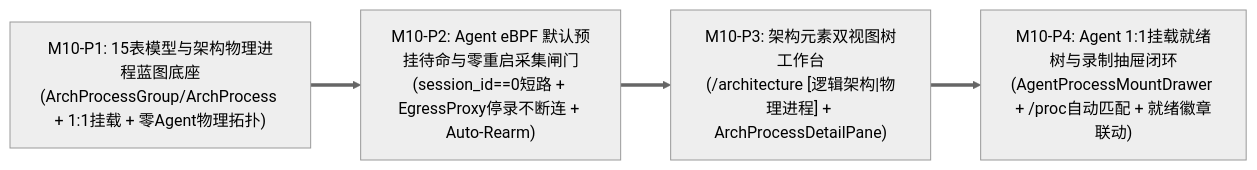
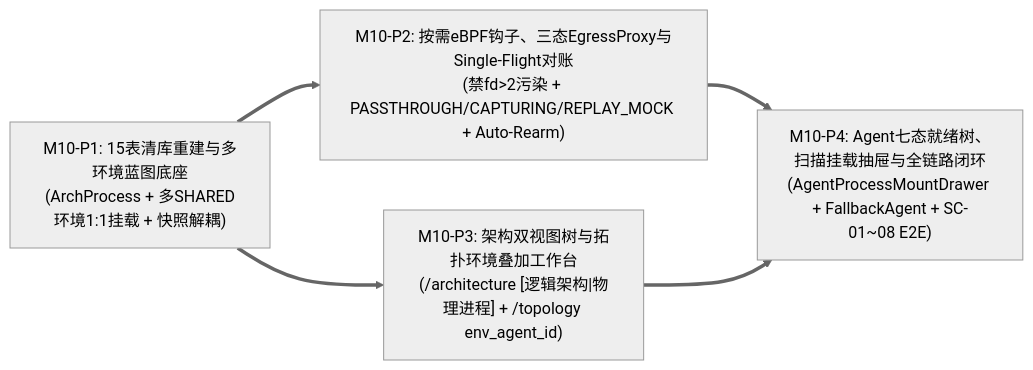
Before and after one commit to fugui/code-traefik: the diagram in docs/04-tasks/11-m10-arch-process-blueprint-and-premount-workflow.md, drawn with Mermaid (neutral theme). The commit also changed other lines of this file and 9 other files, not shown here.

````diff
--- a/docs/04-tasks/11-m10-arch-process-blueprint-and-premount-workflow.md
+++ b/docs/04-tasks/11-m10-arch-process-blueprint-and-premount-workflow.md
@@ -17,11 +17,12 @@
 ```mermaid
 flowchart LR
-    P1["M10-P1: 15表模型与架构物理进程蓝图底座<br/>(ArchProcessGroup/ArchProcess + 1:1挂载 + 零Agent物理拓扑)"]
-    P2["M10-P2: Agent eBPF 默认预挂待命与零重启采集闸门<br/>(session_id==0短路 + EgressProxy停录不断连 + Auto-Rearm)"]
-    P3["M10-P3: 架构元素双视图树工作台<br/>(/architecture [逻辑架构|物理进程] + ArchProcessDetailPane)"]
-    P4["M10-P4: Agent 1:1挂载就绪树与录制抽屉闭环<br/>(AgentProcessMountDrawer + /proc自动匹配 + 就绪徽章联动)"]
+    P1["M10-P1: 15表清库重建与多环境蓝图底座<br/>(ArchProcess + 多SHARED环境1:1挂载 + 快照解耦)"]
+    P2["M10-P2: 按需eBPF钩子、三态EgressProxy与Single-Flight对账<br/>(禁fd>2污染 + PASSTHROUGH/CAPTURING/REPLAY_MOCK + Auto-Rearm)"]
+    P3["M10-P3: 架构双视图树与拓扑环境叠加工作台<br/>(/architecture [逻辑架构|物理进程] + /topology env_agent_id)"]
+    P4["M10-P4: Agent七态就绪树、扫描挂载抽屉与全链路闭环<br/>(AgentProcessMountDrawer + FallbackAgent + SC-01~08 E2E)"]
 
     P1 ==> P2
-    P2 ==> P3
+    P1 ==> P3
+    P2 ==> P4
     P3 ==> P4
 ```
````
